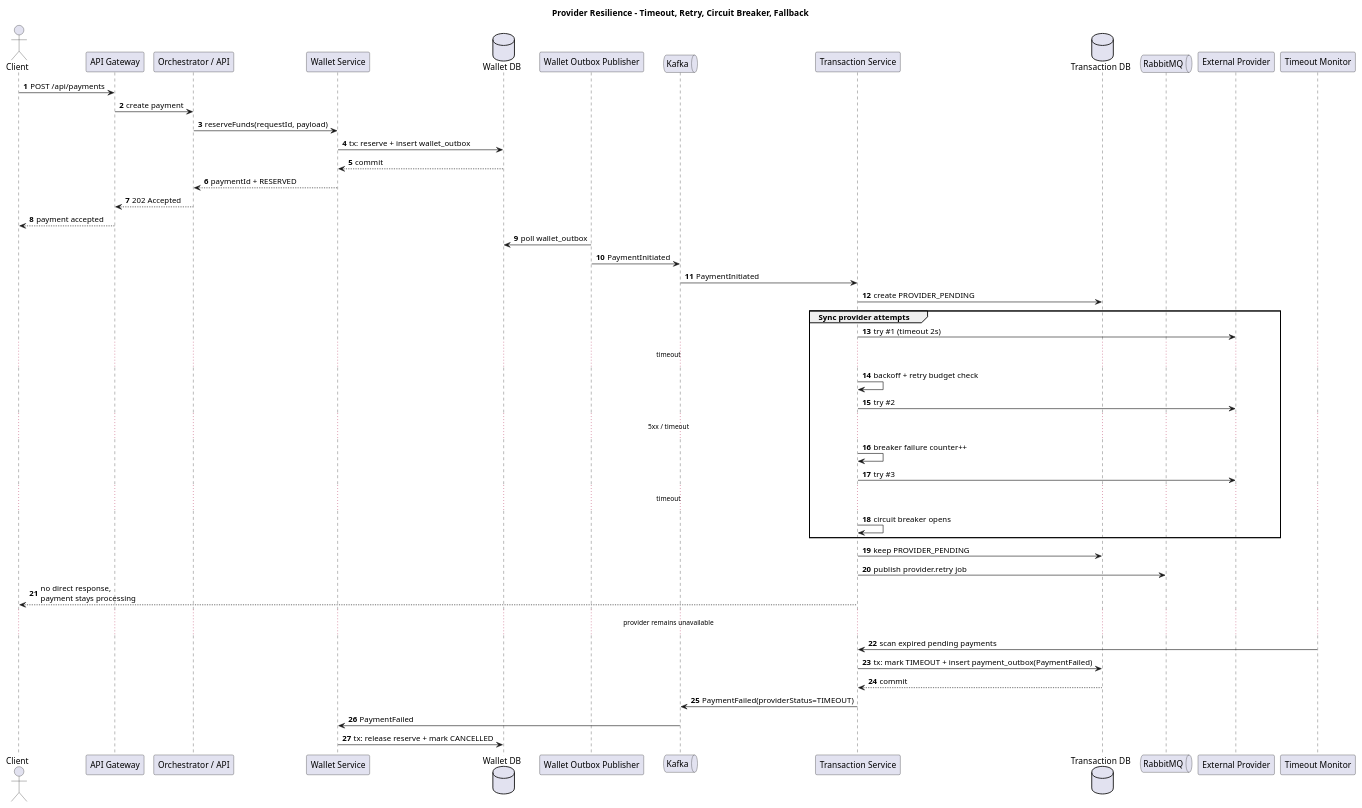
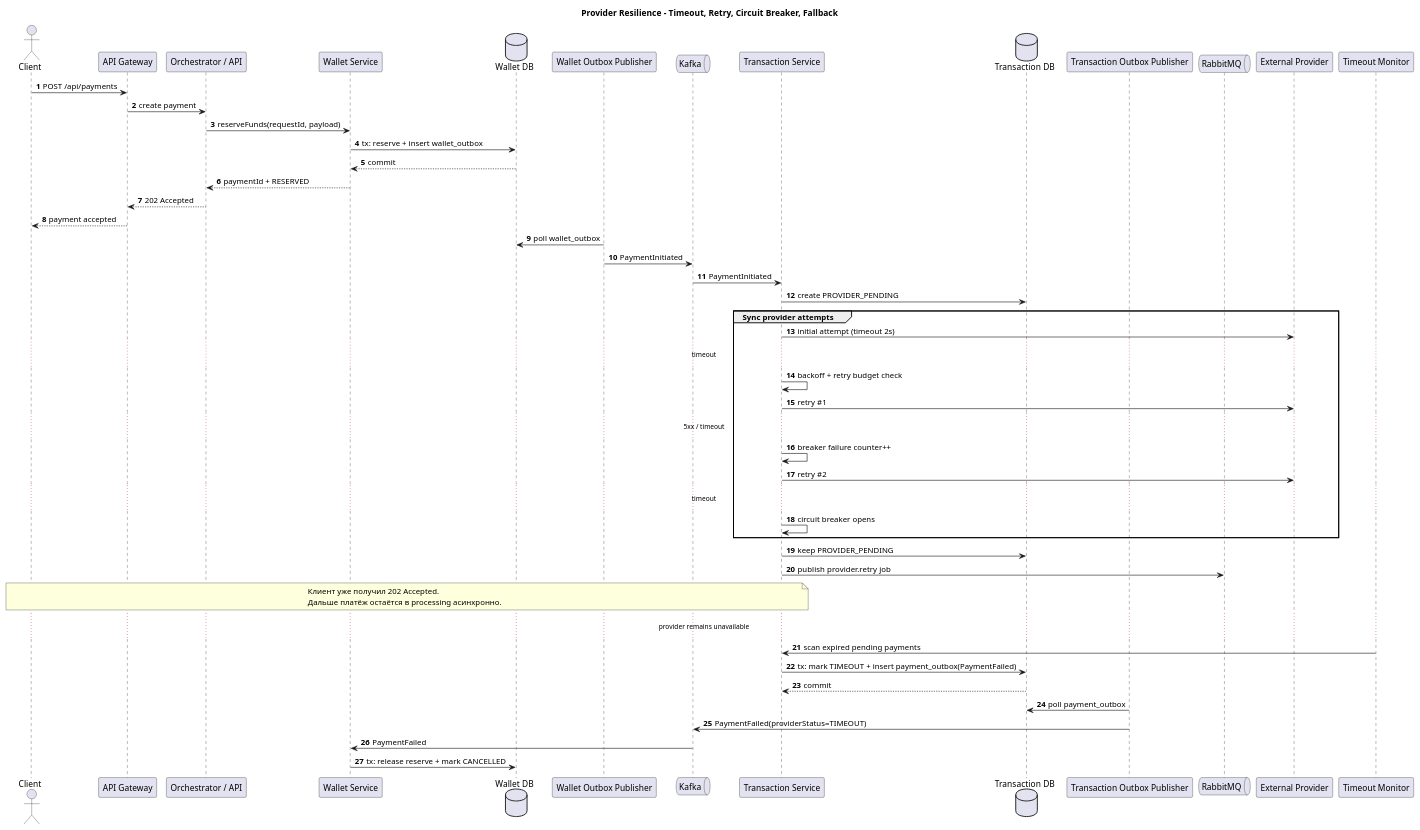
One commit to ZobovPA/sdia changed the diagram in system-design/architecture/diagrams/sequence-provider-resilience.puml. Above: the diagram before and after it, drawn with PlantUML. The commit also changed 7 other files, not shown here.

```diff
--- a/system-design/architecture/diagrams/sequence-provider-resilience.puml
+++ b/system-design/architecture/diagrams/sequence-provider-resilience.puml
@@ -1,57 +1,62 @@
 @startuml
 title Provider Resilience - Timeout, Retry, Circuit Breaker, Fallback
 autonumber
 skinparam shadowing false
 
 actor Client as client
 participant "API Gateway" as gateway
 participant "Orchestrator / API" as orchestrator
 participant "Wallet Service" as wallet
 database "Wallet DB" as walletDb
 participant "Wallet Outbox Publisher" as walletPublisher
 queue "Kafka" as kafka
 participant "Transaction Service" as transaction
 database "Transaction DB" as transactionDb
+participant "Transaction Outbox Publisher" as transactionPublisher
 queue "RabbitMQ" as rabbit
 participant "External Provider" as provider
 participant "Timeout Monitor" as timeoutMonitor
 
 client -> gateway : POST /api/payments
 gateway -> orchestrator : create payment
 orchestrator -> wallet : reserveFunds(requestId, payload)
 wallet -> walletDb : tx: reserve + insert wallet_outbox
 walletDb --> wallet : commit
 wallet --> orchestrator : paymentId + RESERVED
 orchestrator --> gateway : 202 Accepted
 gateway --> client : payment accepted
 
 walletPublisher -> walletDb : poll wallet_outbox
 walletPublisher -> kafka : PaymentInitiated
 kafka -> transaction : PaymentInitiated
 transaction -> transactionDb : create PROVIDER_PENDING
 
 group Sync provider attempts
-  transaction -> provider : try #1 (timeout 2s)
+  transaction -> provider : initial attempt (timeout 2s)
   ... timeout ...
   transaction -> transaction : backoff + retry budget check
-  transaction -> provider : try #2
+  transaction -> provider : retry #1
   ... 5xx / timeout ...
   transaction -> transaction : breaker failure counter++
-  transaction -> provider : try #3
+  transaction -> provider : retry #2
   ... timeout ...
   transaction -> transaction : circuit breaker opens
 end
 
 transaction -> transactionDb : keep PROVIDER_PENDING
 transaction -> rabbit : publish provider.retry job
-transaction --> client : no direct response,\npayment stays processing
+note over client, transaction
+Клиент уже получил 202 Accepted.
+Дальше платёж остаётся в processing асинхронно.
+end note
 
 ... provider remains unavailable ...
 timeoutMonitor -> transaction : scan expired pending payments
 transaction -> transactionDb : tx: mark TIMEOUT + insert payment_outbox(PaymentFailed)
 transactionDb --> transaction : commit
-transaction -> kafka : PaymentFailed(providerStatus=TIMEOUT)
+transactionPublisher -> transactionDb : poll payment_outbox
+transactionPublisher -> kafka : PaymentFailed(providerStatus=TIMEOUT)
 kafka -> wallet : PaymentFailed
 wallet -> walletDb : tx: release reserve + mark CANCELLED
 
 @enduml
```
